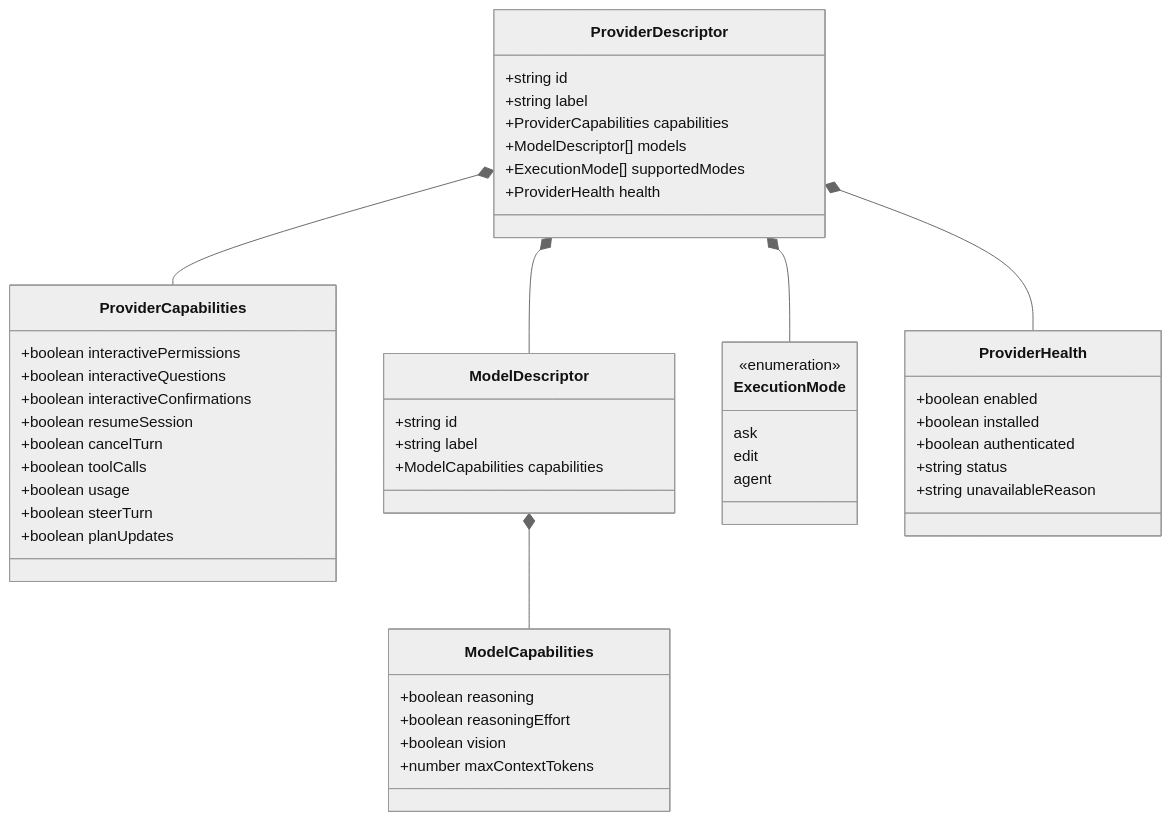
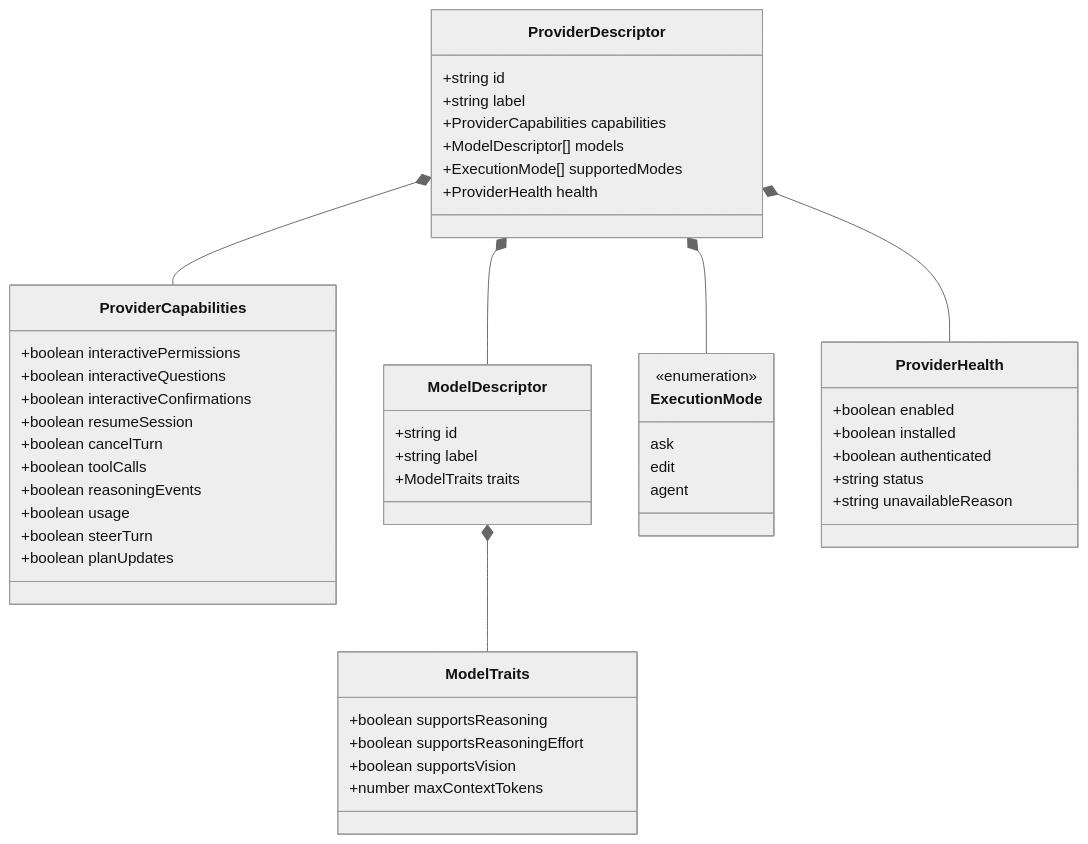
The diagram in specs/active/ai-adapters-hardening/areas/04-provider-capability-model.md (dczerwinskipl/nevo), drawn with Mermaid (neutral theme) before and after one commit. The commit also changed other lines of this file and 10 other files, not shown here.

Commit message:
docs(specs): correct owner-decision boundaries and architectural contracts

````diff
--- a/specs/active/ai-adapters-hardening/areas/04-provider-capability-model.md
+++ b/specs/active/ai-adapters-hardening/areas/04-provider-capability-model.md
@@ -15,52 +21,53 @@
 ```mermaid
 classDiagram
     class ProviderDescriptor {
         +string id
         +string label
         +ProviderCapabilities capabilities
         +ModelDescriptor[] models
         +ExecutionMode[] supportedModes
         +ProviderHealth health
     }
     class ProviderCapabilities {
         +boolean interactivePermissions
         +boolean interactiveQuestions
         +boolean interactiveConfirmations
         +boolean resumeSession
         +boolean cancelTurn
         +boolean toolCalls
+        +boolean reasoningEvents
         +boolean usage
         +boolean steerTurn
         +boolean planUpdates
     }
     class ModelDescriptor {
         +string id
         +string label
-        +ModelCapabilities capabilities
+        +ModelTraits traits
     }
-    class ModelCapabilities {
-        +boolean reasoning
-        +boolean reasoningEffort
-        +boolean vision
+    class ModelTraits {
+        +boolean supportsReasoning
+        +boolean supportsReasoningEffort
+        +boolean supportsVision
         +number maxContextTokens
     }
     class ExecutionMode {
         <<enumeration>>
         ask
         edit
         agent
     }
     class ProviderHealth {
         +boolean enabled
         +boolean installed
         +boolean authenticated
         +string status
         +string unavailableReason
     }
 
     ProviderDescriptor *-- ProviderCapabilities
     ProviderDescriptor *-- ModelDescriptor
     ProviderDescriptor *-- ExecutionMode
     ProviderDescriptor *-- ProviderHealth
-    ModelDescriptor *-- ModelCapabilities
+    ModelDescriptor *-- ModelTraits
 ```
````
